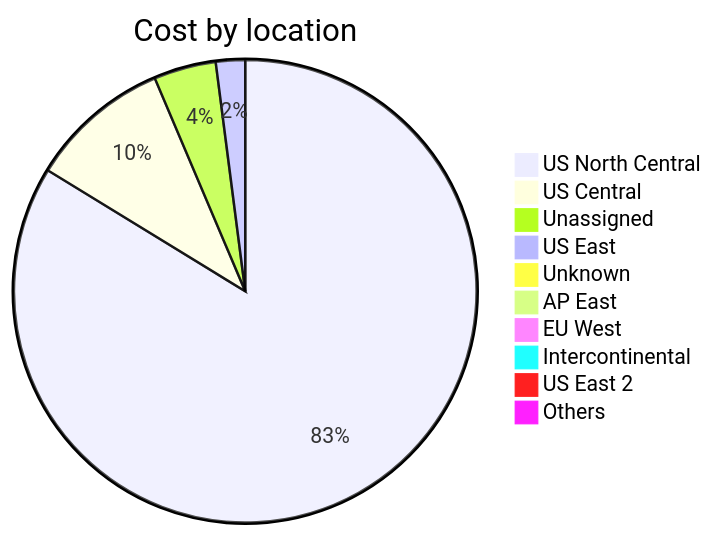
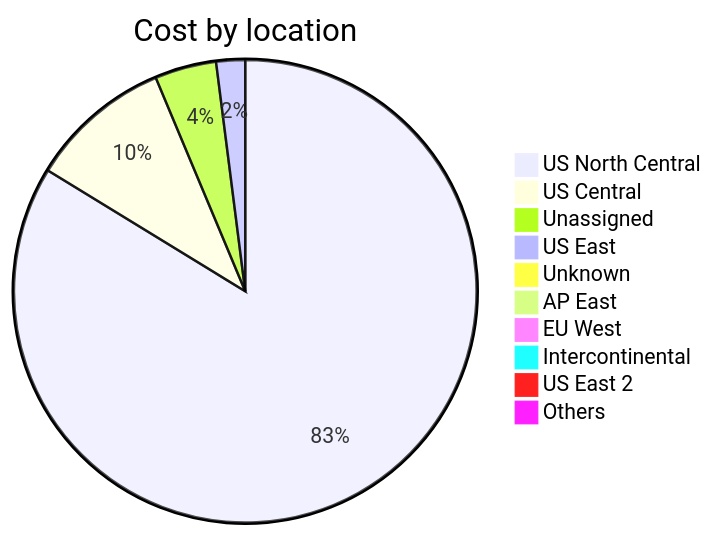
The third of 4 diagrams in cost-reports/accumulated-cost.md (jpfulton/azure-personal-reports), drawn with Mermaid before and after one commit. The commit also changed other lines of this file and 4 other files, not shown here.

````diff
--- a/cost-reports/accumulated-cost.md
+++ b/cost-reports/accumulated-cost.md
@@ -132,14 +132,14 @@
 ```mermaid
 pie
    title Cost by location
-   "US North Central" : 232.39
-   "US Central" : 27.37
-   "Unassigned" : 12.06
-   "US East" : 5.67
-   "Unknown" : 1.36
+   "US North Central" : 235.80
+   "US Central" : 27.99
+   "Unassigned" : 12.10
+   "US East" : 5.68
+   "Unknown" : 1.41
    "AP East" : 0.00
    "EU West" : 0.00
    "Intercontinental" : 0.00
    "US East 2" : 0.00
    "Others" : 0.00
 ```
````
